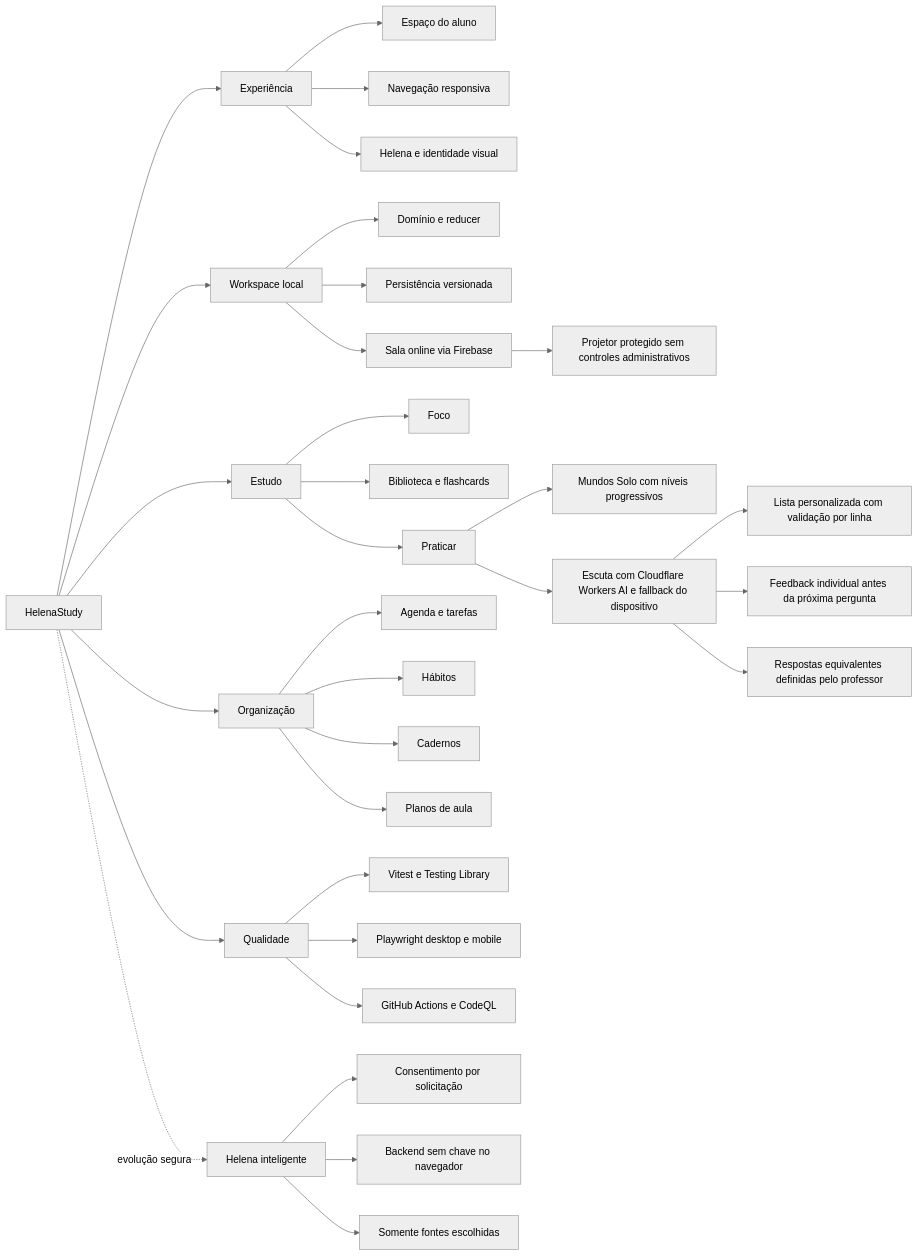
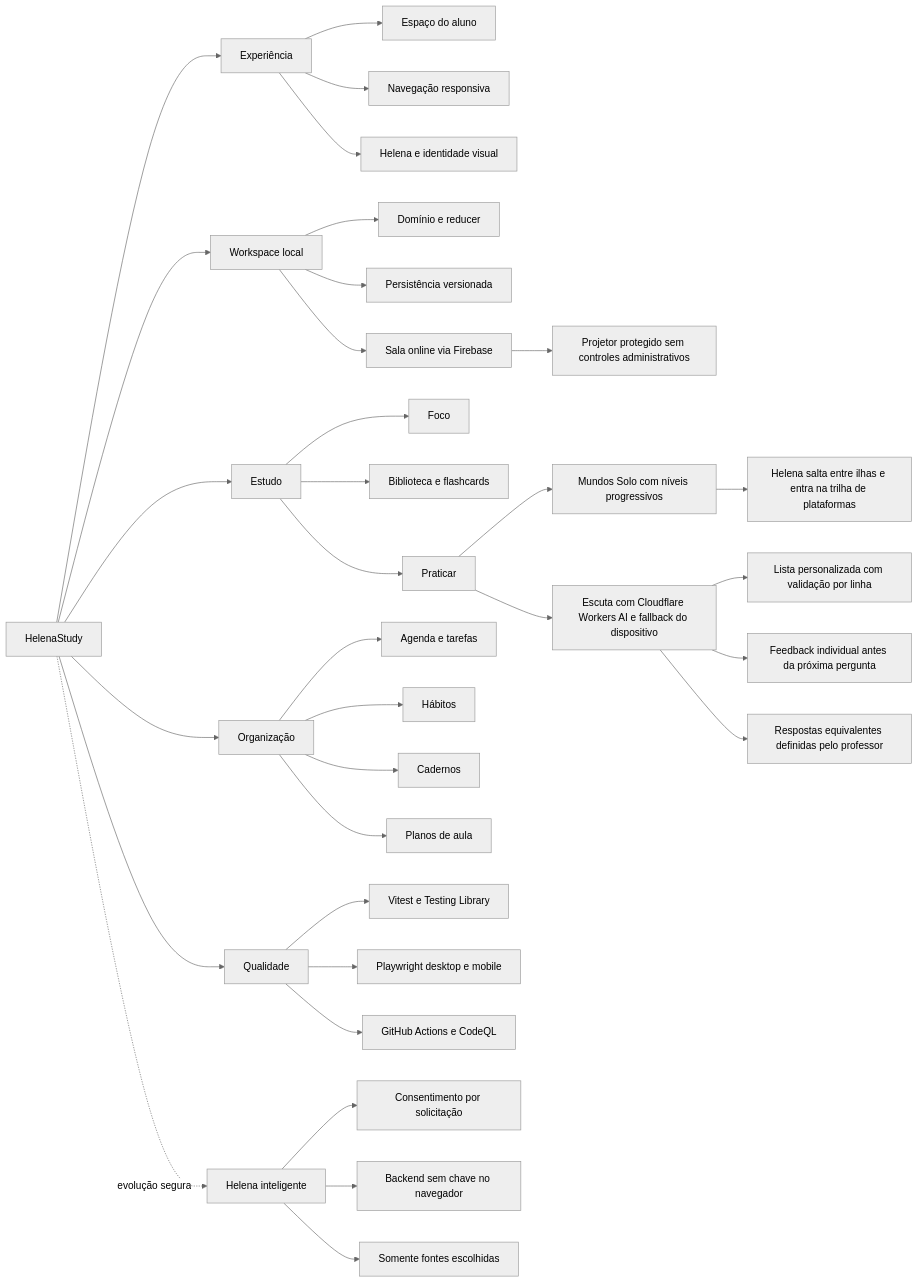
The diagram in docs/SECOND_BRAIN.md (olive644/helenastudy), drawn with Mermaid (neutral theme) before and after one commit. The commit also changed 4 other files, not shown here.

````diff
--- a/docs/SECOND_BRAIN.md
+++ b/docs/SECOND_BRAIN.md
@@ -77,40 +77,41 @@
 ```mermaid
 flowchart LR
   HS[HelenaStudy] --> UX[Experiência]
   HS --> DATA[Workspace local]
   HS --> STUDY[Estudo]
   HS --> ORG[Organização]
   HS --> QUALITY[Qualidade]
   HS -. evolução segura .-> INTEL[Helena inteligente]
 
   UX --> TODAY[Espaço do aluno]
   UX --> NAV[Navegação responsiva]
   UX --> BRAND[Helena e identidade visual]
 
   DATA --> DOMAIN[Domínio e reducer]
   DATA --> STORAGE[Persistência versionada]
   DATA --> ROOM[Sala online via Firebase]
 
   STUDY --> FOCUS[Foco]
   STUDY --> LIB[Biblioteca e flashcards]
   STUDY --> PRACTICE[Praticar]
   PRACTICE --> WORLDS[Mundos Solo com níveis progressivos]
+  WORLDS --> MOTION[Helena salta entre ilhas e entra na trilha de plataformas]
   PRACTICE --> LISTEN[Escuta com Cloudflare Workers AI e fallback do dispositivo]
   LISTEN --> CUSTOM[Lista personalizada com validação por linha]
   LISTEN --> FEEDBACK[Feedback individual antes da próxima pergunta]
   ROOM --> PROJECTOR[Projetor protegido sem controles administrativos]
   LISTEN --> ALIASES[Respostas equivalentes definidas pelo professor]
 
   ORG --> PLAN[Agenda e tarefas]
   ORG --> HABITS[Hábitos]
   ORG --> NOTES[Cadernos]
   ORG --> LESSON[Planos de aula]
 
   QUALITY --> UNIT[Vitest e Testing Library]
   QUALITY --> E2E[Playwright desktop e mobile]
   QUALITY --> CI[GitHub Actions e CodeQL]
 
   INTEL --> CONSENT[Consentimento por solicitação]
   INTEL --> BACKEND[Backend sem chave no navegador]
   INTEL --> SOURCES[Somente fontes escolhidas]
 ```
````
